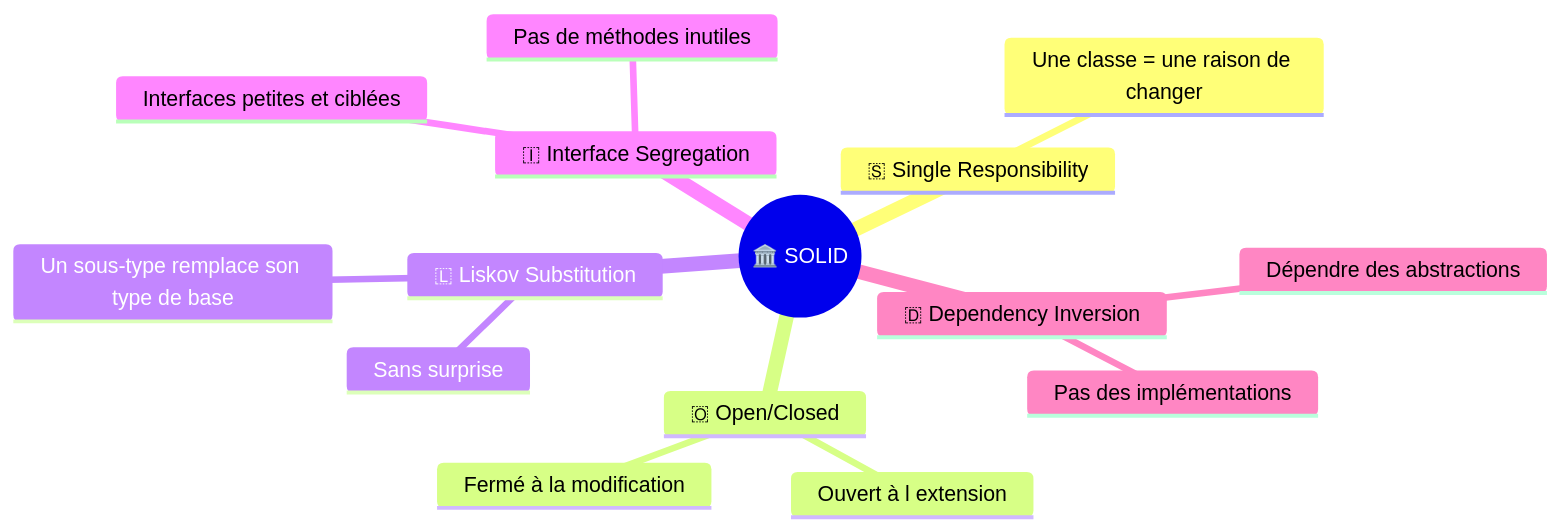
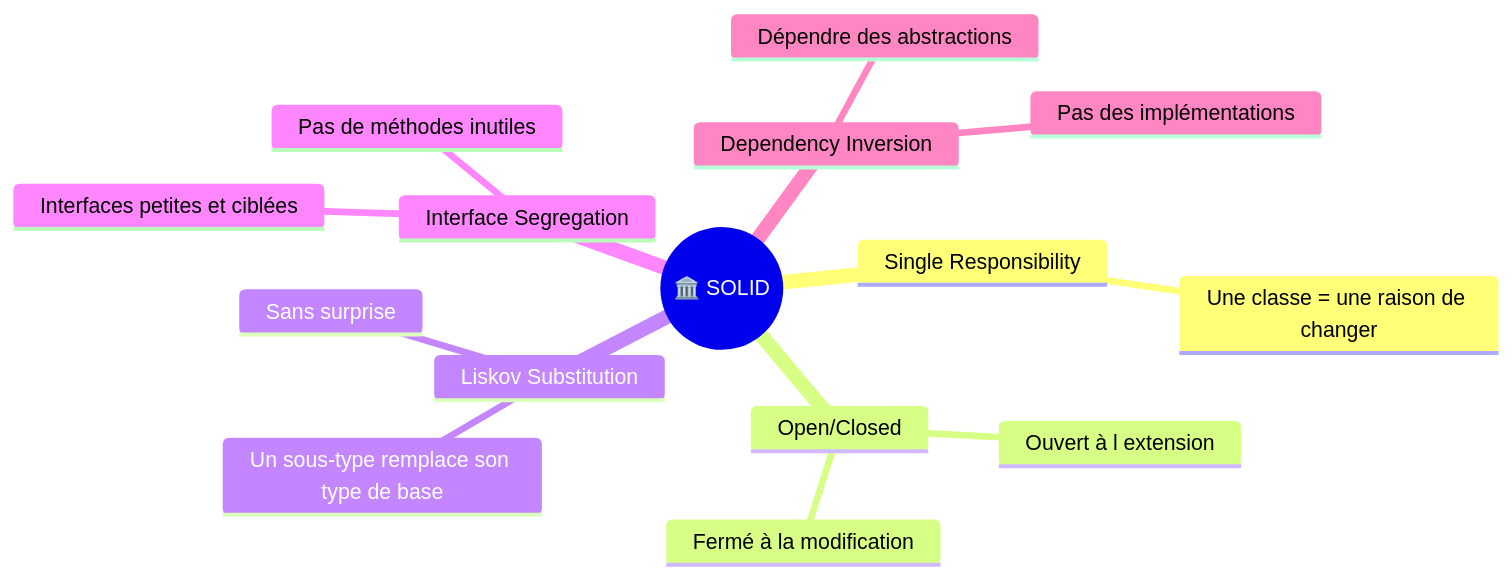
Before and after one commit to AnthonyDegroote/SoftwareCraftLab: the second of 8 diagrams in SOLID/README.FR.md, drawn with Mermaid.

Commit message:
Amélioration du README : détails SOLID et correction licence
Ajout d'explications détaillées pour chaque principe SOLID dans le mindmap Mermaid du README. Correction d'une ponctuation dans la section Licence en supprimant un tiret inutile.

````diff
--- a/SOLID/README.FR.md
+++ b/SOLID/README.FR.md
@@ -57,18 +57,18 @@
 ```mermaid
 mindmap
   root((🏛️ SOLID))
-    🇸 Single Responsibility
+    Single Responsibility
       Une classe = une raison de changer
-    🇴 Open/Closed
+    Open/Closed
       Ouvert à l extension
       Fermé à la modification
-    🇱 Liskov Substitution
+    Liskov Substitution
       Un sous-type remplace son type de base
       Sans surprise
-    🇮 Interface Segregation
+    Interface Segregation
       Interfaces petites et ciblées
       Pas de méthodes inutiles
-    🇩 Dependency Inversion
+    Dependency Inversion
       Dépendre des abstractions
       Pas des implémentations
 ```
````
